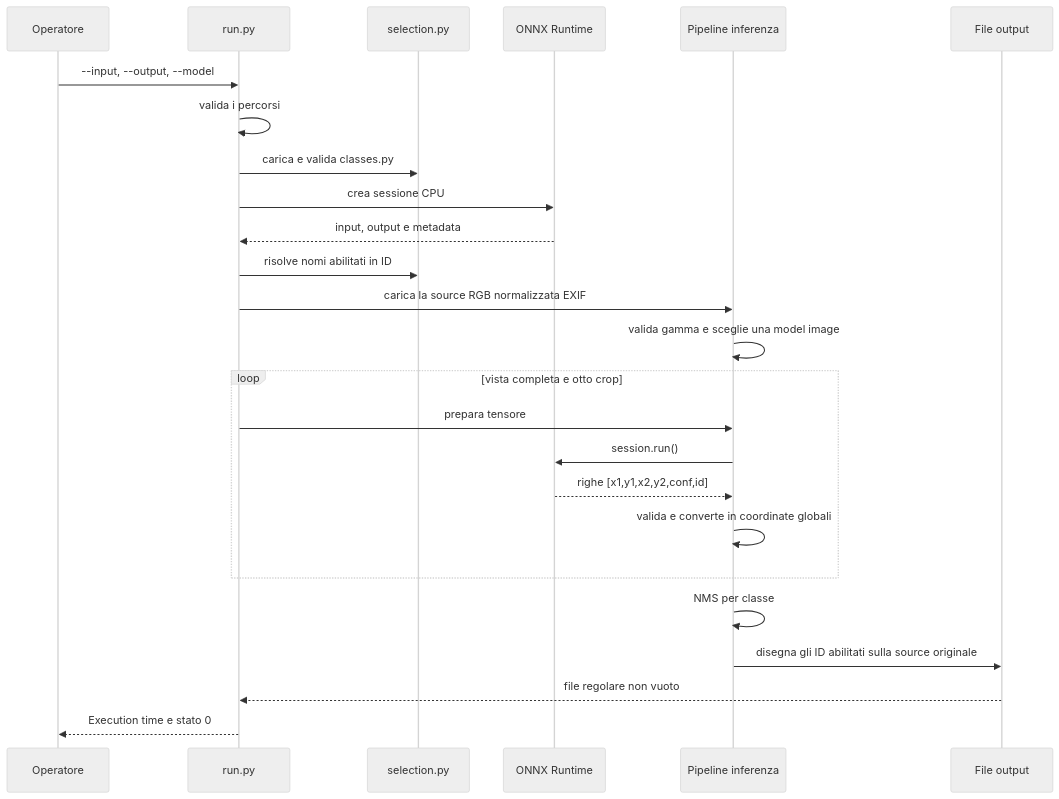
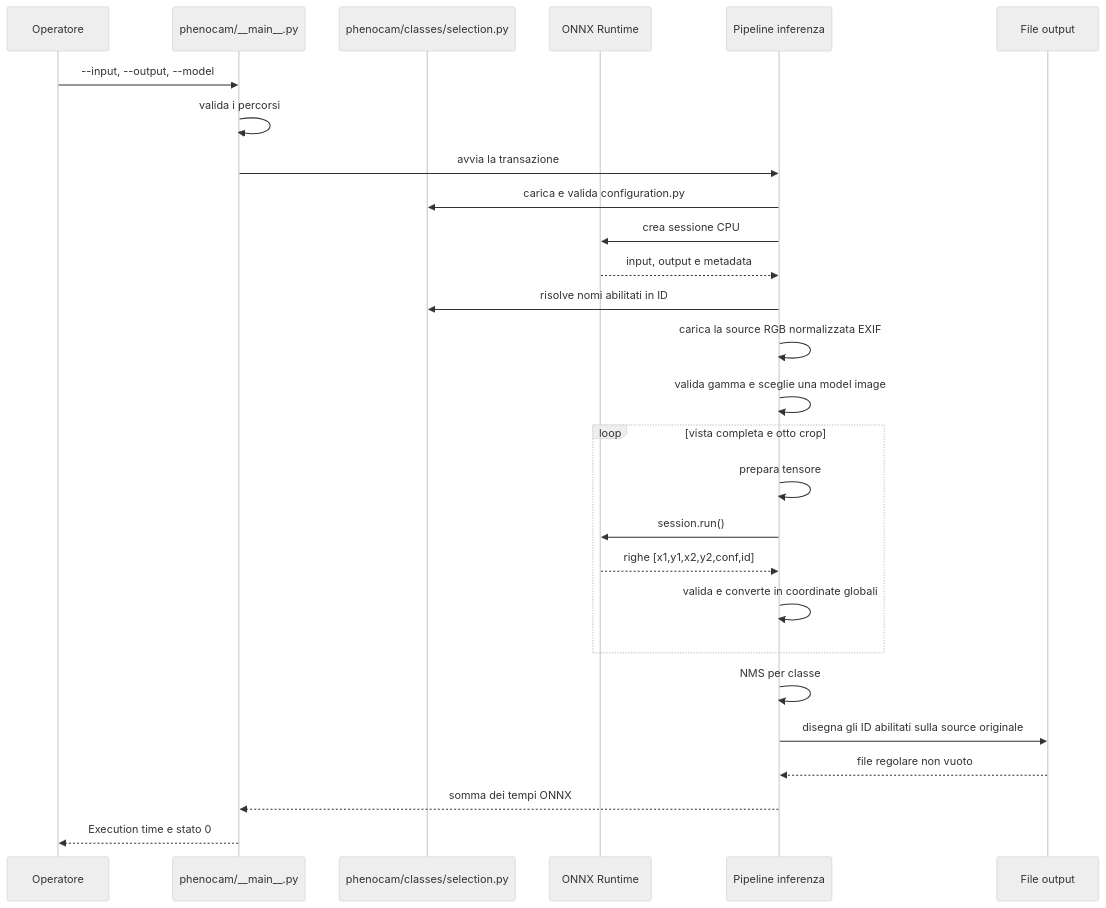
Before and after one commit to e-tufarini-terrasystem/phenocam-vision-edge: the second of 2 diagrams in docs/architettura.md, drawn with Mermaid (neutral theme). The commit also changed other lines of this file and 7 other files, not shown here.

````diff
--- a/docs/architettura.md
+++ b/docs/architettura.md
@@ -59,28 +59,30 @@
 ```mermaid
 sequenceDiagram
     participant U as Operatore
-    participant R as run.py
-    participant S as selection.py
+    participant R as phenocam/__main__.py
+    participant S as phenocam/classes/selection.py
     participant O as ONNX Runtime
     participant P as Pipeline inferenza
     participant F as File output
 
     U->>R: --input, --output, --model
     R->>R: valida i percorsi
-    R->>S: carica e valida classes.py
-    R->>O: crea sessione CPU
-    O-->>R: input, output e metadata
-    R->>S: risolve nomi abilitati in ID
-    R->>P: carica la source RGB normalizzata EXIF
+    R->>P: avvia la transazione
+    P->>S: carica e valida configuration.py
+    P->>O: crea sessione CPU
+    O-->>P: input, output e metadata
+    P->>S: risolve nomi abilitati in ID
+    P->>P: carica la source RGB normalizzata EXIF
     P->>P: valida gamma e sceglie una model image
     loop vista completa e otto crop
-        R->>P: prepara tensore
+        P->>P: prepara tensore
         P->>O: session.run()
         O-->>P: righe [x1,y1,x2,y2,conf,id]
         P->>P: valida e converte in coordinate globali
     end
     P->>P: NMS per classe
     P->>F: disegna gli ID abilitati sulla source originale
-    F-->>R: file regolare non vuoto
+    F-->>P: file regolare non vuoto
+    P-->>R: somma dei tempi ONNX
     R-->>U: Execution time e stato 0
 ```
````
